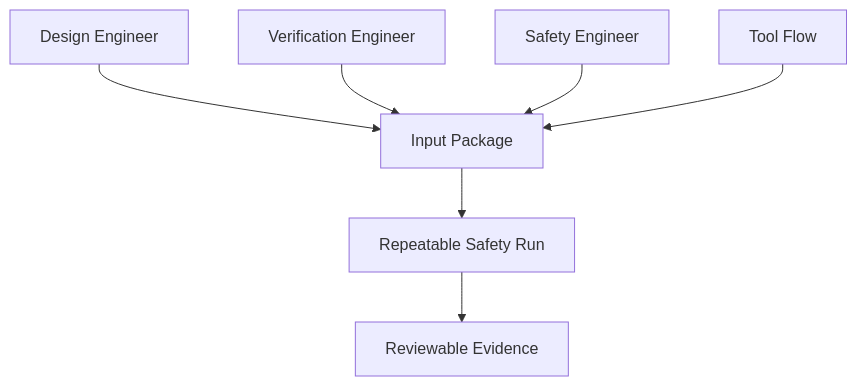
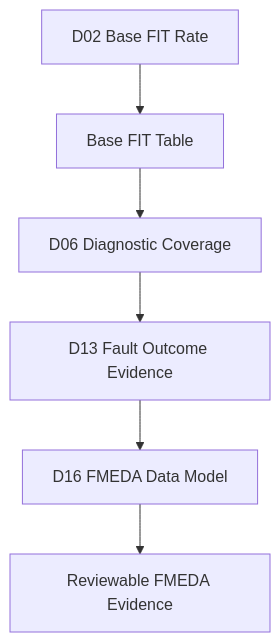
One commit to qiqixixi1001/automotive-safeic-practice changed the second of 6 diagrams in articles/02_automotive_safeic_practice_d02_github_en_generic.md. Above: the diagram before and after it, drawn with Mermaid. The commit also changed other lines of this file, not shown here.

````diff
--- a/articles/02_automotive_safeic_practice_d02_github_en_generic.md
+++ b/articles/02_automotive_safeic_practice_d02_github_en_generic.md
@@ -143,9 +260,8 @@
 ```mermaid
 flowchart TD
-    A[Design Engineer] --> P[Input Package]
-    B[Verification Engineer] --> P
-    C[Safety Engineer] --> P
-    D[Tool Flow] --> P
-    P --> E[Repeatable Safety Run]
-    E --> F[Reviewable Evidence]
+    A[D02 Base FIT Rate] --> B[Base FIT Table]
+    B --> C[D06 Diagnostic Coverage]
+    C --> D[D13 Fault Outcome Evidence]
+    D --> E[D16 FMEDA Data Model]
+    E --> F[Reviewable FMEDA Evidence]
 ```
````
